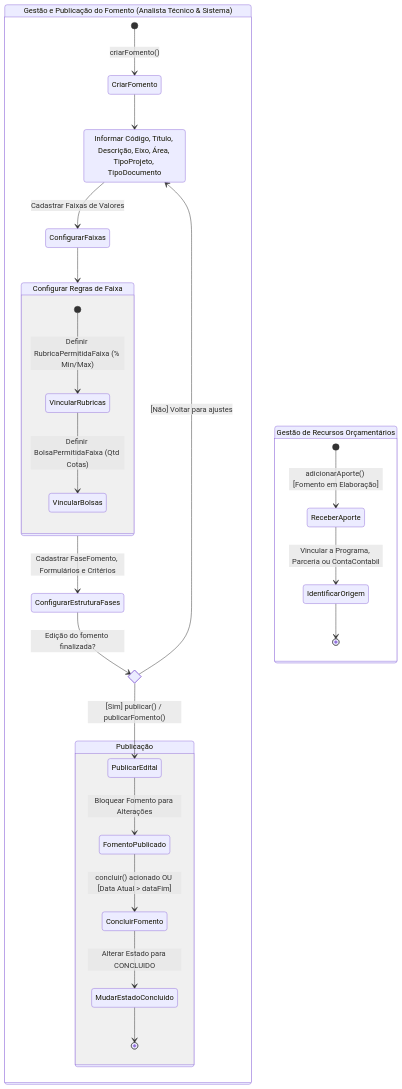
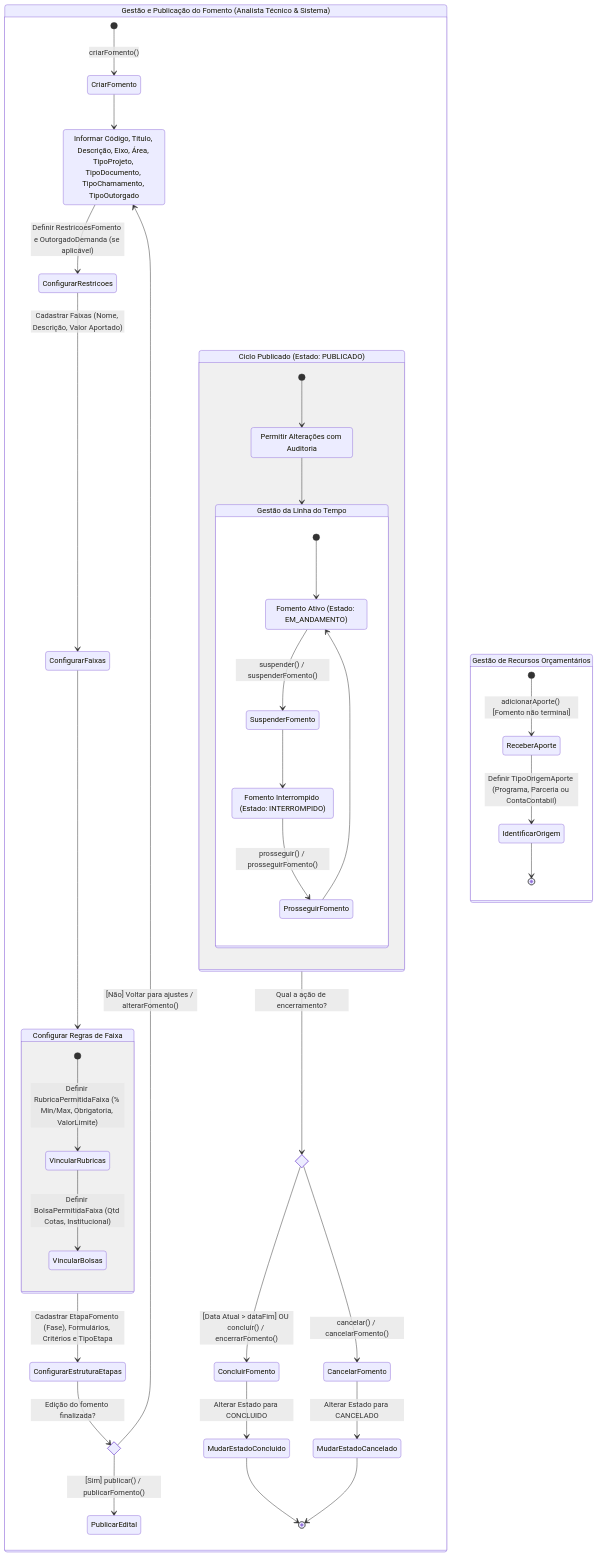
Before and after one commit to Czzped/conecta-fapes-teste: the third of 3 diagrams in docs/implementation/modules/M011-configuracao-captacao/modelo-estrutural/modelo-estrutural-p1-fomento.md, drawn with Mermaid. The commit also changed other lines of this file and 7 other files, not shown here.

````diff
--- a/docs/implementation/modules/M011-configuracao-captacao/modelo-estrutural/modelo-estrutural-p1-fomento.md
+++ b/docs/implementation/modules/M011-configuracao-captacao/modelo-estrutural/modelo-estrutural-p1-fomento.md
@@ -259,50 +299,71 @@
 ```mermaid
 stateDiagram-v2
     %% ---- FLUXO UNIFICADO E SEQUENCIAL DO FOMENTO ----
     state "Gestão e Publicação do Fomento (Analista Técnico & Sistema)" as FluxoPrincipal {
         [*] --> CriarFomento : criarFomento()
-        
+
         %% Ponto de retorno caso a edição não seja finalizada
-        PreencherDados : Informar Código, Título, Descrição, Eixo, Área, TipoProjeto, TipoDocumento
-        
+        PreencherDados : Informar Código, Título, Descrição, Eixo, Área, TipoProjeto, TipoDocumento, TipoChamamento, TipoOutorgado
+
         CriarFomento --> PreencherDados
-        PreencherDados --> ConfigurarFaixas : Cadastrar Faixas de Valores
+        PreencherDados --> ConfigurarRestricoes : Definir RestricoesFomento e OutorgadoDemanda (se aplicável)
+        ConfigurarRestricoes --> ConfigurarFaixas : Cadastrar Faixas (Nome, Descrição, Valor Aportado)
         
         state "Configurar Regras de Faixa" as RegrasFaixa {
-            [*] --> VincularRubricas : Definir RubricaPermitidaFaixa (% Min/Max)
-            VincularRubricas --> VincularBolsas : Definir BolsaPermitidaFaixa (Qtd Cotas)
+            [*] --> VincularRubricas : Definir RubricaPermitidaFaixa (% Min/Max, Obrigatoria, ValorLimite)
+            VincularRubricas --> VincularBolsas : Definir BolsaPermitidaFaixa (Qtd Cotas, Institucional)
         }
         
         ConfigurarFaixas --> RegrasFaixa
-        RegrasFaixa --> ConfigurarEstruturaFases : Cadastrar FaseFomento, Formulários e Critérios
+        RegrasFaixa --> ConfigurarEstruturaEtapas : Cadastrar EtapaFomento (Fase), Formulários, Critérios e TipoEtapa
         
         %% Nó de decisão de fechamento da edição do Fomento
         state choice_edicao_finalizada <<choice>>
-
-        %% Loop de criação de múltiplas captações
-        ConfigurarEstruturaFases --> choice_edicao_finalizada : Edição do fomento finalizada?
+        ConfigurarEstruturaEtapas --> choice_edicao_finalizada : Edição do fomento finalizada?
         
-      
-        
-        
-        choice_edicao_finalizada --> PreencherDados : [Não] Voltar para ajustes
+        choice_edicao_finalizada --> PreencherDados : [Não] Voltar para ajustes / alterarFomento()
         choice_edicao_finalizada --> PublicarEdital : [Sim] publicar() / publicarFomento()
         
-        state "Publicação" as Publicacao {
+        %% Macroestado operacional (Estado: PUBLICADO)
+        state "Ciclo Publicado (Estado: PUBLICADO)" as Publicacao {
 
-        PublicarEdital --> FomentoPublicado : Bloquear Fomento para Alterações
-        
-        FomentoPublicado --> ConcluirFomento : concluir() acionado OU [Data Atual > dataFim]
+            %% Declaração de subestados com rótulos amigáveis para evitar erros de caractere especial
+            state "Permitir Alterações com Auditoria" as PermitirAlteracoesFomento
+            state "Fomento Ativo (Estado: EM_ANDAMENTO)" as FomentoEmAndamento
+            state "Fomento Interrompido (Estado: INTERROMPIDO)" as FomentoInterrompido
+
+            [*] --> PermitirAlteracoesFomento
+
+            state "Gestão da Linha do Tempo" as GestaoOperacional {
+                [*] --> FomentoEmAndamento
+                FomentoEmAndamento --> SuspenderFomento : suspender() / suspenderFomento()
+                SuspenderFomento --> FomentoInterrompido
+                FomentoInterrompido --> ProsseguirFomento : prosseguir() / prosseguirFomento()
+                ProsseguirFomento --> FomentoEmAndamento
+            }
+
+            PermitirAlteracoesFomento --> GestaoOperacional
+        }
+
+        %% Nó de decisão de encerramento do fomento após publicado
+        state choice_fechamento_fomento <<choice>>
+        Publicacao --> choice_fechamento_fomento : Qual a ação de encerramento?
+
+        choice_fechamento_fomento --> ConcluirFomento : [Data Atual > dataFim] OU concluir() / encerrarFomento()
+        choice_fechamento_fomento --> CancelarFomento : cancelar() / cancelarFomento()
+
         ConcluirFomento --> MudarEstadoConcluido : Alterar Estado para CONCLUIDO
+        CancelarFomento --> MudarEstadoCancelado : Alterar Estado para CANCELADO
+
         MudarEstadoConcluido --> [*]
-        }
+        MudarEstadoCancelado --> [*]
     }
 
-    %% ---- FLUXO PARALELO ORÇAMENTÁRIO (Apenas enquanto em Elaboração) ----
+    %% ---- FLUXO PARALELO ORÇAMENTÁRIO (Aportes iniciais e aditivos) ----
     state "Gestão de Recursos Orçamentários" as Orcamento {
-        [*] --> ReceberAporte : adicionarAporte() [Fomento em Elaboração]
-        ReceberAporte --> IdentificarOrigem : Vincular a Programa, Parceria ou ContaContabil
+        [*] --> ReceberAporte : adicionarAporte() [Fomento não terminal]
+        ReceberAporte --> IdentificarOrigem : Definir TipoOrigemAporte (Programa, Parceria ou ContaContabil)
         IdentificarOrigem --> [*]
     }
 
 ```
````
